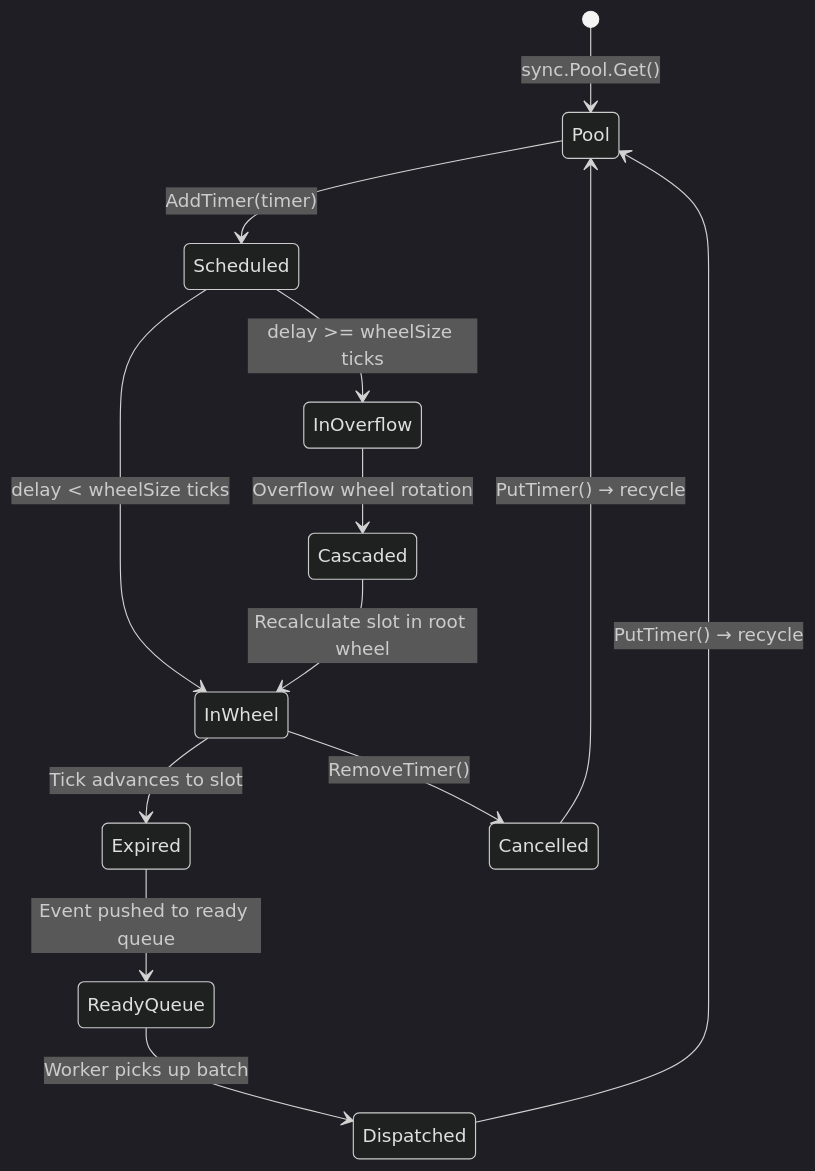
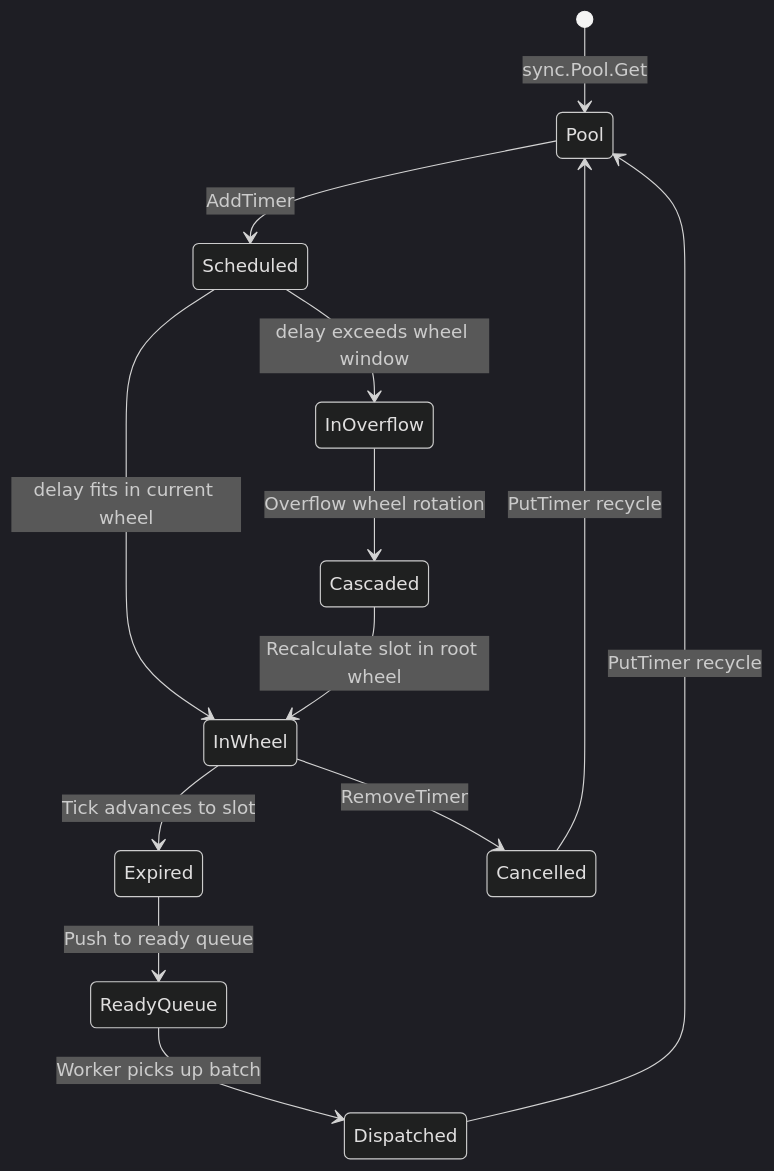
Before and after one commit to jatin711-debug/cronos_db_golang: diagram 11 of 36 in ARCHITECTURE.md, drawn with Mermaid (dark theme). The commit also changed other lines of this file, not shown here.

First line of the commit message:
docs(architecture): simplify documentation structure and improve clarity

````diff
--- a/ARCHITECTURE.md
+++ b/ARCHITECTURE.md
@@ -434,19 +413,15 @@
 ```mermaid
 stateDiagram-v2
-    [*] --> Pool: sync.Pool.Get()
-    Pool --> Scheduled: AddTimer(timer)
-    
-    Scheduled --> InWheel: delay < wheelSize ticks
-    Scheduled --> InOverflow: delay >= wheelSize ticks
-
-    InWheel --> Expired: Tick advances to slot
-    InOverflow --> Cascaded: Overflow wheel rotation
-    Cascaded --> InWheel: Recalculate slot in root wheel
-
-    Expired --> ReadyQueue: Event pushed to ready queue
-    ReadyQueue --> Dispatched: Worker picks up batch
-    Dispatched --> Pool: PutTimer() → recycle
-
-    InWheel --> Cancelled: RemoveTimer()
-    Cancelled --> Pool: PutTimer() → recycle
+    [*] --> Pool : sync.Pool.Get
+    Pool --> Scheduled : AddTimer
+    Scheduled --> InWheel : delay fits in current wheel
+    Scheduled --> InOverflow : delay exceeds wheel window
+    InWheel --> Expired : Tick advances to slot
+    InOverflow --> Cascaded : Overflow wheel rotation
+    Cascaded --> InWheel : Recalculate slot in root wheel
+    Expired --> ReadyQueue : Push to ready queue
+    ReadyQueue --> Dispatched : Worker picks up batch
+    Dispatched --> Pool : PutTimer recycle
+    InWheel --> Cancelled : RemoveTimer
+    Cancelled --> Pool : PutTimer recycle
 ```
````
